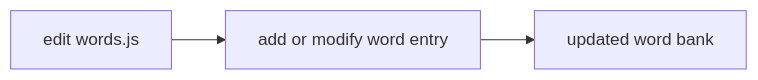
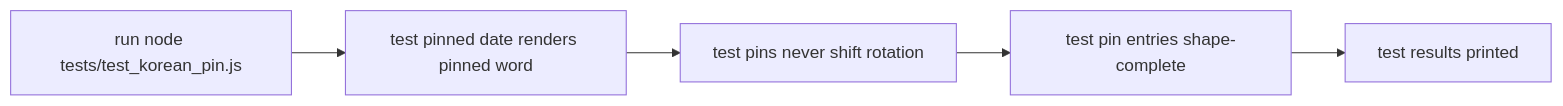
The third of 3 diagrams in docs/3_WORKFLOWS.md (cptntrps/korean-word-of-the-day), drawn with Mermaid before and after one commit. The commit also changed other lines of this file and 5 other files, not shown here.

````diff
--- a/docs/3_WORKFLOWS.md
+++ b/docs/3_WORKFLOWS.md
@@ -68,5 +71,7 @@
-  ```mermaid
-  graph LR
-    A[edit words.js] --> B[add or modify word entry]
-    B --> C[updated word bank]
-  ```
+```mermaid
+graph LR
+  A[run node tests/test_korean_pin.js] --> B[test pinned date renders pinned word]
+  B --> C[test pins never shift rotation]
+  C --> D[test pin entries shape-complete]
+  D --> E[test results printed]
+```
````
